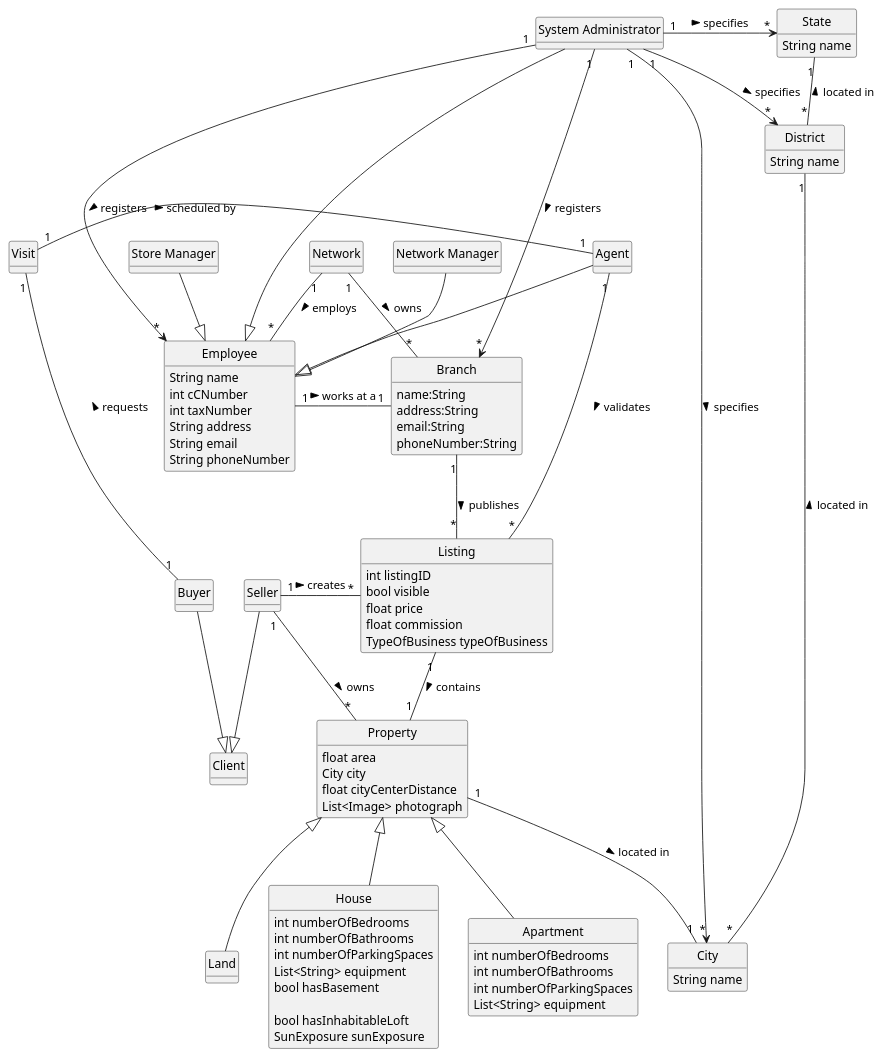
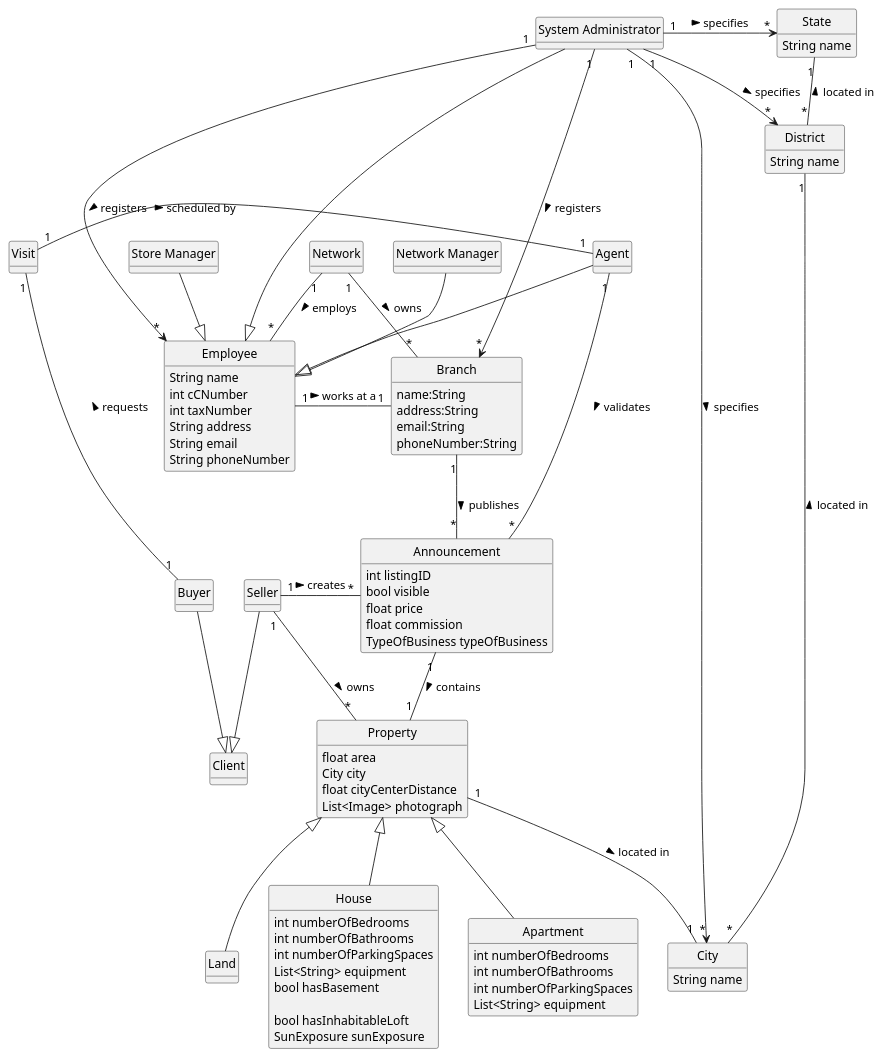
Before and after one commit to tiagohcorreia/LAPR2: the diagram in docs/sprintB/global-artifacts/02.analysis/puml/project-domain-model.puml, drawn with PlantUML. The commit also changed 1 other file, not shown here.

```diff
--- a/docs/sprintB/global-artifacts/02.analysis/puml/project-domain-model.puml
+++ b/docs/sprintB/global-artifacts/02.analysis/puml/project-domain-model.puml
@@ -1,149 +1,149 @@
 @startuml
 'https://plantuml.com/class-diagram
 
 skinparam monochrome true
 skinparam packageStyle rectangle
 skinparam shadowing false
 
 'skinparam linetype ortho
 'left to right direction
 skinparam classAttributeIconSize 0
 skinparam groupInheritance 1
 hide circle
 hide methods
 
 
 Network "1" -- "*" Branch: owns >
-Branch "1" -- "*" Listing: publishes >
-Listing "1" -- "1" Property: contains >
+Branch "1" -- "*" Announcement: publishes >
+Announcement "1" -- "1" Property: contains >
 
 Network "1" -- "*" Employee: employs >
 
 
 Property <|-- House
 Property <|-- Apartment
 Property <|-- Land
 
 
 "System Administrator" --|> Employee
 "Network Manager" --|> Employee
 "Store Manager" --|> Employee
 Agent --|> Employee
 
 Employee "1" - "1" Branch: works at a >
 
 "System Administrator" "1" ----> "*" Employee: registers >
 "System Administrator" "1" ---> "*" Branch: registers >
 
 
 "System Administrator" "1" -> "*" State: specifies >
 "System Administrator" "1" -> "*" District: specifies >
 "System Administrator" "1" -> "*" City: specifies >
 
 
 together {
 Buyer --|> Client
 Seller --|> Client
 }
 
 Seller "1" - "*" Property: owns >
-Seller "1" - "*" Listing: creates >
-Agent "1" - "*" Listing: validates >
+Seller "1" - "*" Announcement: creates >
+Agent "1" - "*" Announcement: validates >
 Visit "1" - "1" Buyer: requests <
 Visit "1" - "1" Agent: scheduled by >
 
 together {
 Property "1" -- "1" City: located in >
 District "1" -- "*" City: located in <
 State "1" -- "*" District: located in <
 }
 
 
 class Network{
 
 }
 
 class Branch{
 name:String
 address:String
 email:String
 phoneNumber:String
 }
 
 class Employee{
 String name
 int cCNumber
 int taxNumber
 String address
 String email
 String phoneNumber
 }
 
 together {
 class "System Administrator"
 
 class "Network Manager"
 
 class "Store Manager"
 
 class Agent
 }
 
 class Client
 class Buyer
 class Seller
 
 class Visit{
 
 }
 
-class Listing{
+class Announcement{
 int listingID
 bool visible
 float price
 float commission
 TypeOfBusiness typeOfBusiness
 }
 
 
 class Property{
 float area
 City city
 float cityCenterDistance
 List<Image> photograph
 }
 
 class House{
 int numberOfBedrooms
 int numberOfBathrooms
 int numberOfParkingSpaces
 List<String> equipment
 bool hasBasement
 
 bool hasInhabitableLoft
 SunExposure sunExposure
 }
 
 class Apartment{
 int numberOfBedrooms
 int numberOfBathrooms
 int numberOfParkingSpaces
 List<String> equipment
 }
 
 class Land{
 }
 
 class State{
 String name
 }
 class District{
 String name
 }
 class City{
 String name
 }
 
 
 
 @enduml
```
